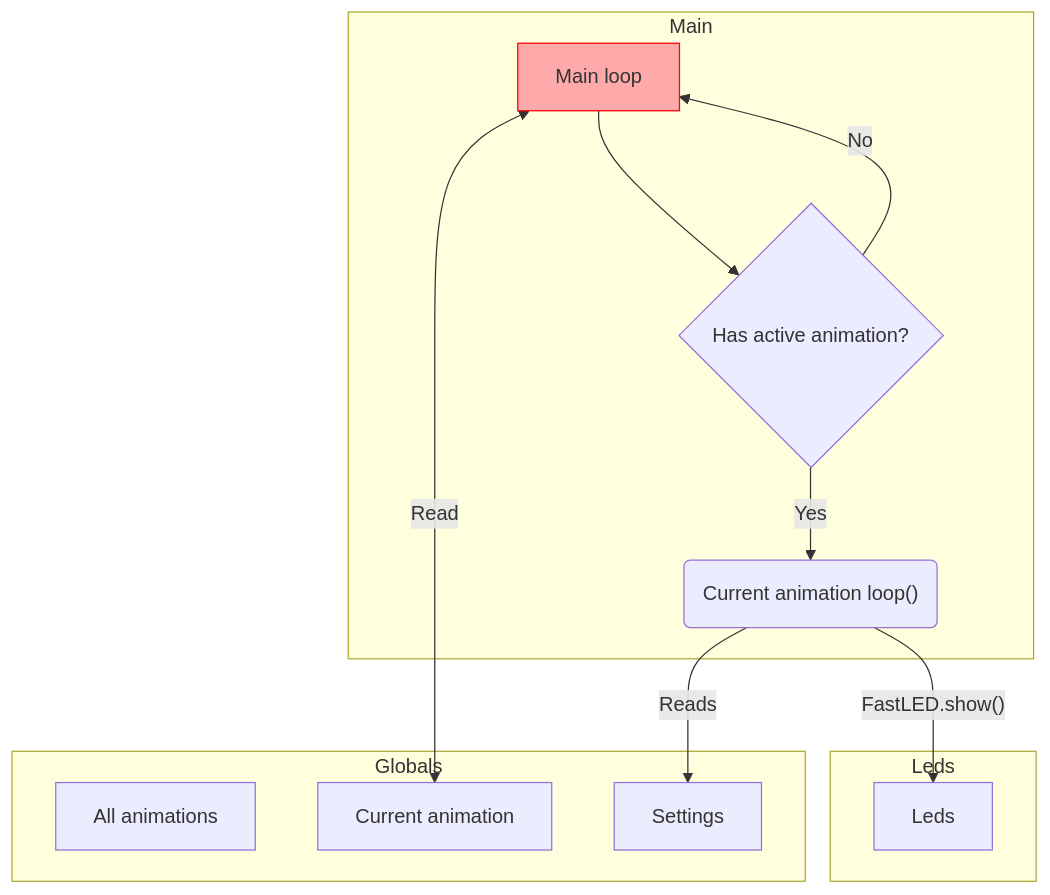
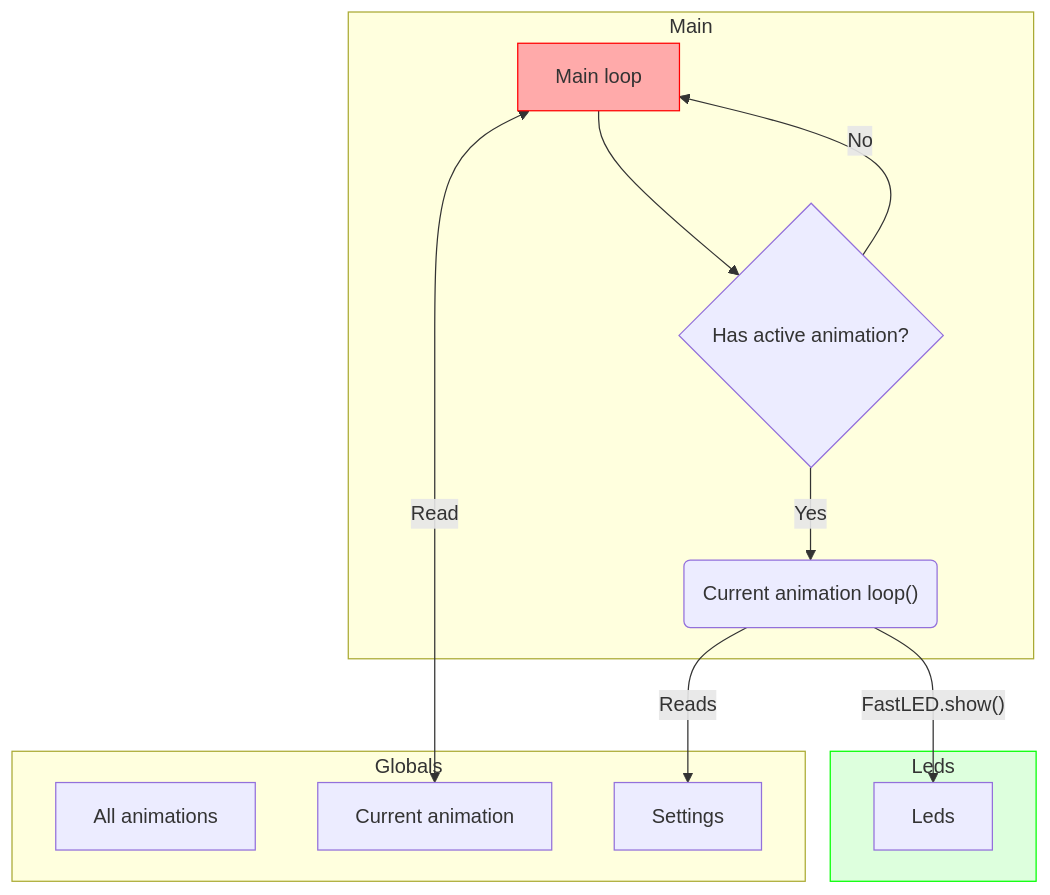
One commit to Edt-2000/Edt-2000-microcontrollers changed the third of 6 diagrams in src/PowerBar/README.md. Above: the diagram before and after it, drawn with Mermaid. The commit also changed other lines of this file, not shown here.

````diff
--- a/src/PowerBar/README.md
+++ b/src/PowerBar/README.md
@@ -53,25 +64,26 @@
 ```mermaid
 flowchart TD
     subgraph Globals
     allAnimations[All animations]
     currentAnimation[Current animation]
     settings[Settings]
     end
 
     subgraph Leds
+    style Leds fill:#dfd,stroke:#0f0
     leds[Leds]
     end
 
     subgraph Main
     main[Main loop]
     main <-->|Read| currentAnimation
     
     main -->check{Has active animation?}
     style main fill:#faa,stroke:#f00
     check -->|Yes| animation("Current animation loop()")
     end
     
     animation -->|Reads| settings
     animation -->|"FastLED.show()"| leds
     check -->|No| main
 ```
````
